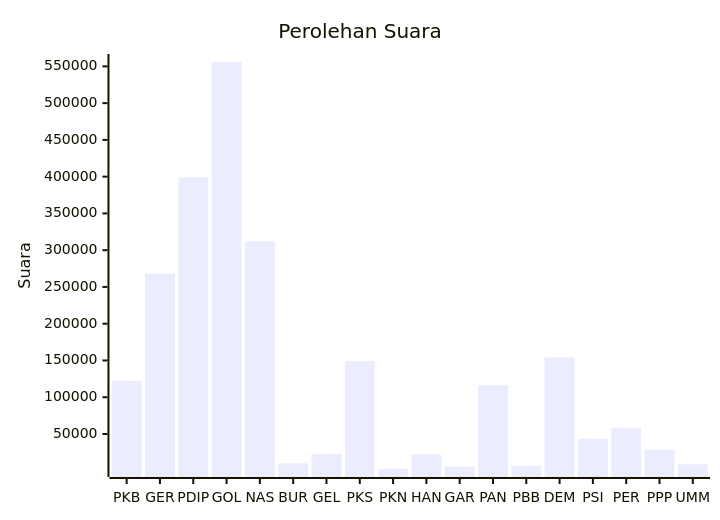
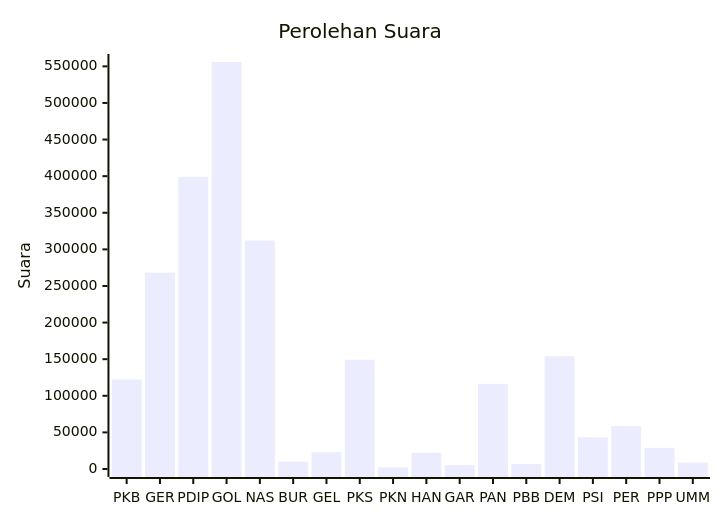
The diagram in pileg-dpr/hitung-suara/sub/table-wilayah-12.md (gigit-pemilu/pemilu-2024), drawn with Mermaid before and after one commit. The commit also changed 57 other files, not shown here.

````diff
--- a/pileg-dpr/hitung-suara/sub/table-wilayah-12.md
+++ b/pileg-dpr/hitung-suara/sub/table-wilayah-12.md
@@ -7,7 +7,7 @@
 ```mermaid
 xychart-beta
     title "Perolehan Suara"
     x-axis [PKB, GER, PDIP, GOL, NAS, BUR, GEL, PKS, PKN, HAN, GAR, PAN, PBB, DEM, PSI, PER, PPP, UMM]
-    y-axis "Suara"
+    y-axis "Suara" 0 --> 555943
     bar [122298, 268197, 399213, 555943, 312246, 10117, 22990, 149171, 2381, 22074, 5493, 116305, 6804, 154137, 43334, 58503, 28821, 8742]
 ```
````
